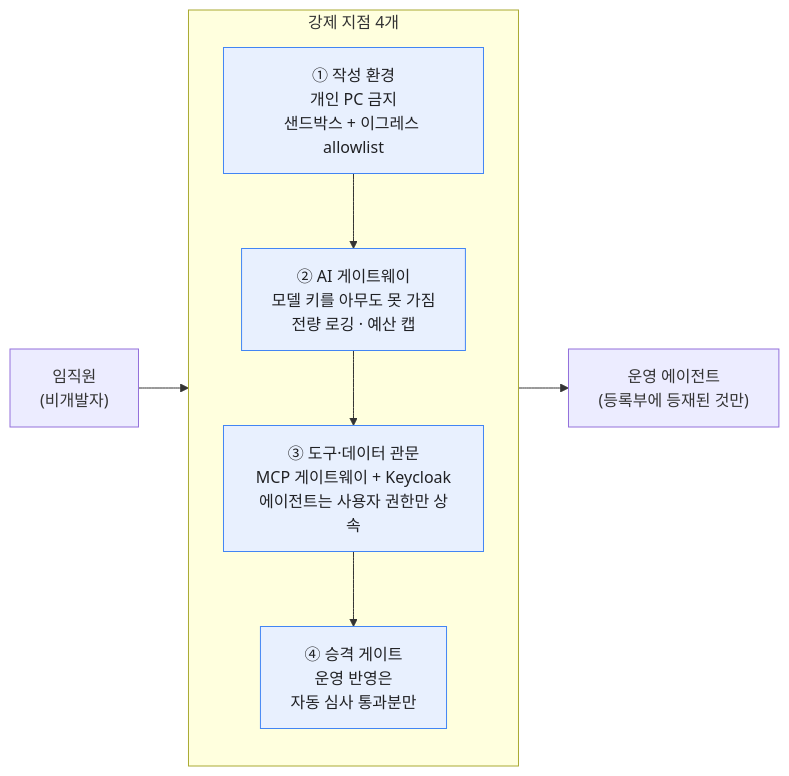
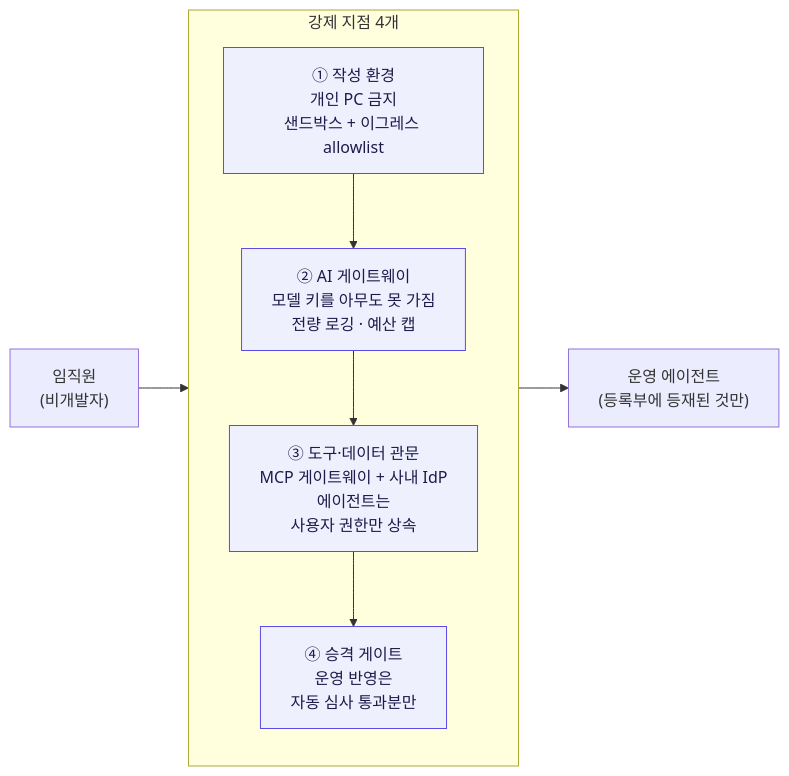
One commit to cyrano2011/pma-web changed the diagram in agent-platform/deck/diagrams/s_choke.mmd. Above: the diagram before and after it, drawn with Mermaid. The commit also changed 12 other files, not shown here.

```diff
--- a/agent-platform/deck/diagrams/s_choke.mmd
+++ b/agent-platform/deck/diagrams/s_choke.mmd
@@ -1,18 +1,18 @@
 flowchart LR
     E["임직원<br/>(비개발자)"] --> C1
 
     subgraph CP["강제 지점 4개"]
         direction TB
         C1["① 작성 환경<br/>개인 PC 금지<br/>샌드박스 + 이그레스 allowlist"]
         C2["② AI 게이트웨이<br/>모델 키를 아무도 못 가짐<br/>전량 로깅 · 예산 캡"]
-        C3["③ 도구·데이터 관문<br/>MCP 게이트웨이 + Keycloak<br/>에이전트는 사용자 권한만 상속"]
+        C3["③ 도구·데이터 관문<br/>MCP 게이트웨이 + 사내 IdP<br/>에이전트는<br/>사용자 권한만 상속"]
         C4["④ 승격 게이트<br/>운영 반영은<br/>자동 심사 통과분만"]
     end
 
     C1 --> C2 --> C3 --> C4
     C4 --> P["운영 에이전트<br/>(등록부에 등재된 것만)"]
 
-    style C1 fill:#e8f0fe,stroke:#4285f4,color:#202124
-    style C2 fill:#e8f0fe,stroke:#4285f4,color:#202124
-    style C3 fill:#e8f0fe,stroke:#4285f4,color:#202124
-    style C4 fill:#e8f0fe,stroke:#4285f4,color:#202124
+    style C1 fill:#EEF0FE,stroke:#5B4BE8,color:#1E1B4B
+    style C2 fill:#EEF0FE,stroke:#5B4BE8,color:#1E1B4B
+    style C3 fill:#EEF0FE,stroke:#5B4BE8,color:#1E1B4B
+    style C4 fill:#EEF0FE,stroke:#5B4BE8,color:#1E1B4B
```
